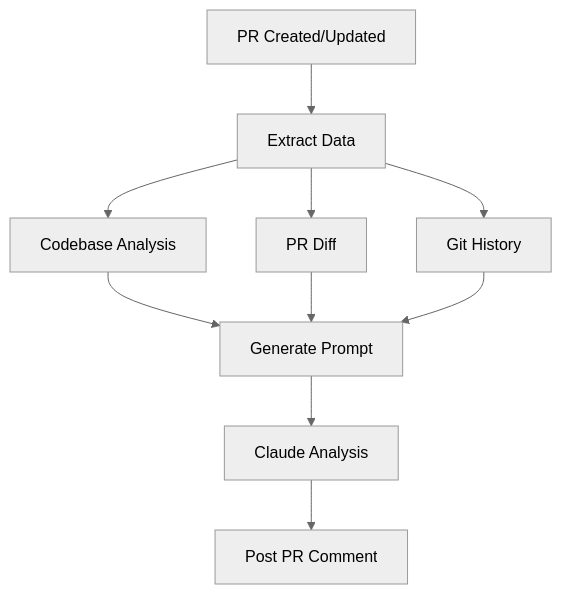
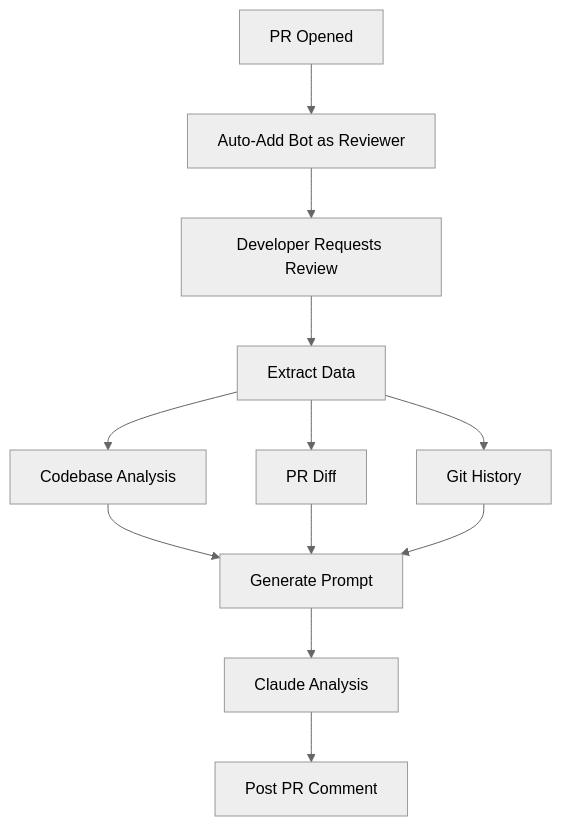
The diagram in README.md (SocialGouv/revu), drawn with Mermaid (neutral theme) before and after one commit. The commit also changed other lines of this file and 5 other files, not shown here.

````diff
--- a/README.md
+++ b/README.md
@@ -17,12 +19,14 @@
 ```mermaid
 graph TD
-    A[PR Created/Updated] --> B[Extract Data]
-    B --> C[Codebase Analysis]
-    B --> D[PR Diff]
-    B --> E[Git History]
-    C --> F[Generate Prompt]
-    D --> F
-    E --> F
-    F --> G[Claude Analysis]
-    G --> H[Post PR Comment]
+    A[PR Opened] --> B[Auto-Add Bot as Reviewer]
+    B --> C[Developer Requests Review]
+    C --> D[Extract Data]
+    D --> E[Codebase Analysis]
+    D --> F[PR Diff]
+    D --> G[Git History]
+    E --> H[Generate Prompt]
+    F --> H
+    G --> H
+    H --> I[Claude Analysis]
+    I --> J[Post PR Comment]
 ```
````
